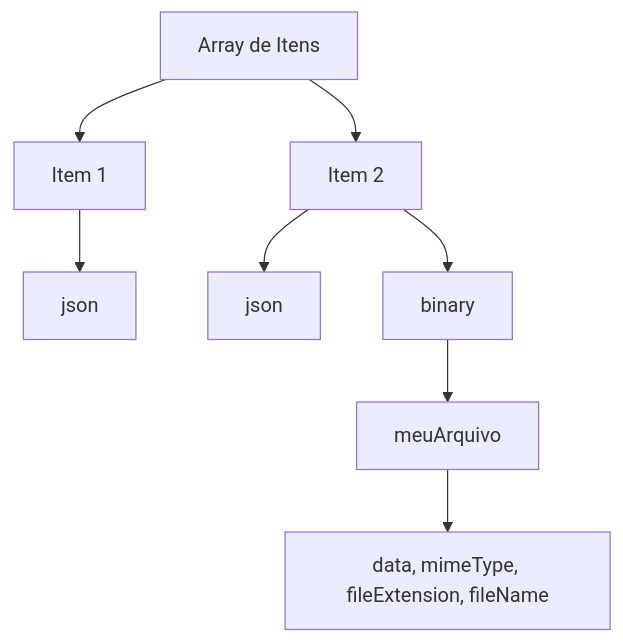
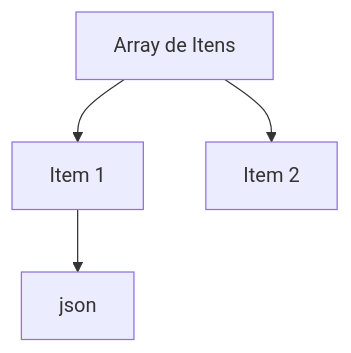
Before and after one commit to tatyquebralayout/n8n-Doc-PT-BR: the first of 2 diagrams in docs/logica-e-dados/index.md, drawn with Mermaid. The commit also changed other lines of this file and 13 other files, not shown here.

````diff
--- a/docs/logica-e-dados/index.md
+++ b/docs/logica-e-dados/index.md
@@ -108,11 +123,7 @@
 ```mermaid
 flowchart TD
   A["Array de Itens"]
   A --> B["Item 1"]
   A --> C["Item 2"]
   B --> D["json"]
-  C --> E["json"]
-  C --> F["binary"]
-  F --> G["meuArquivo"]
-  G --> H["data, mimeType, fileExtension, fileName"]
 ```
````
